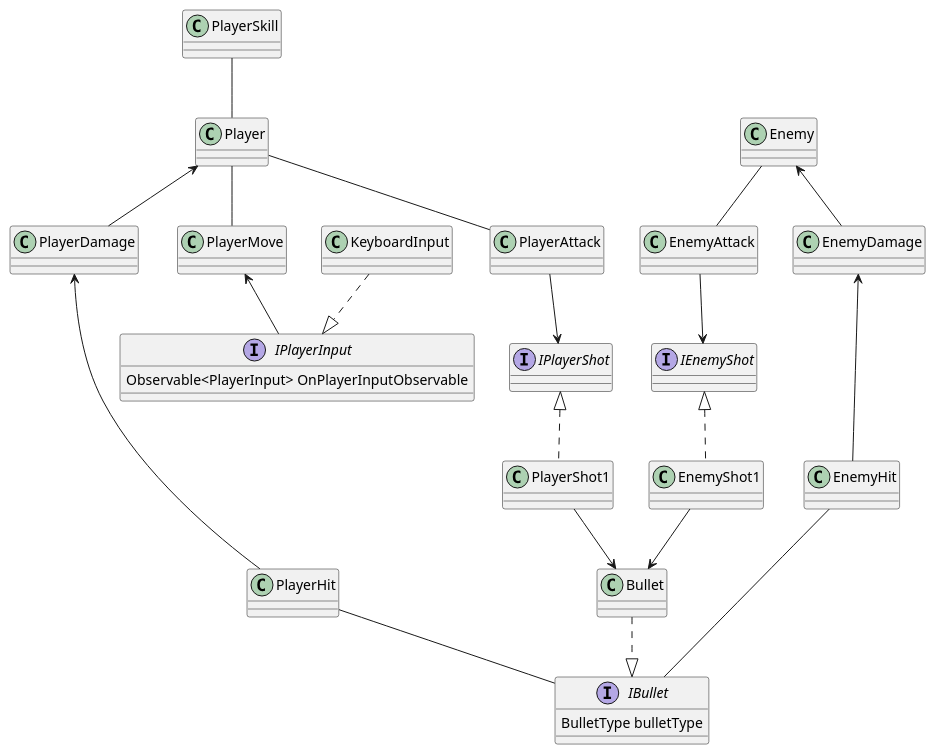
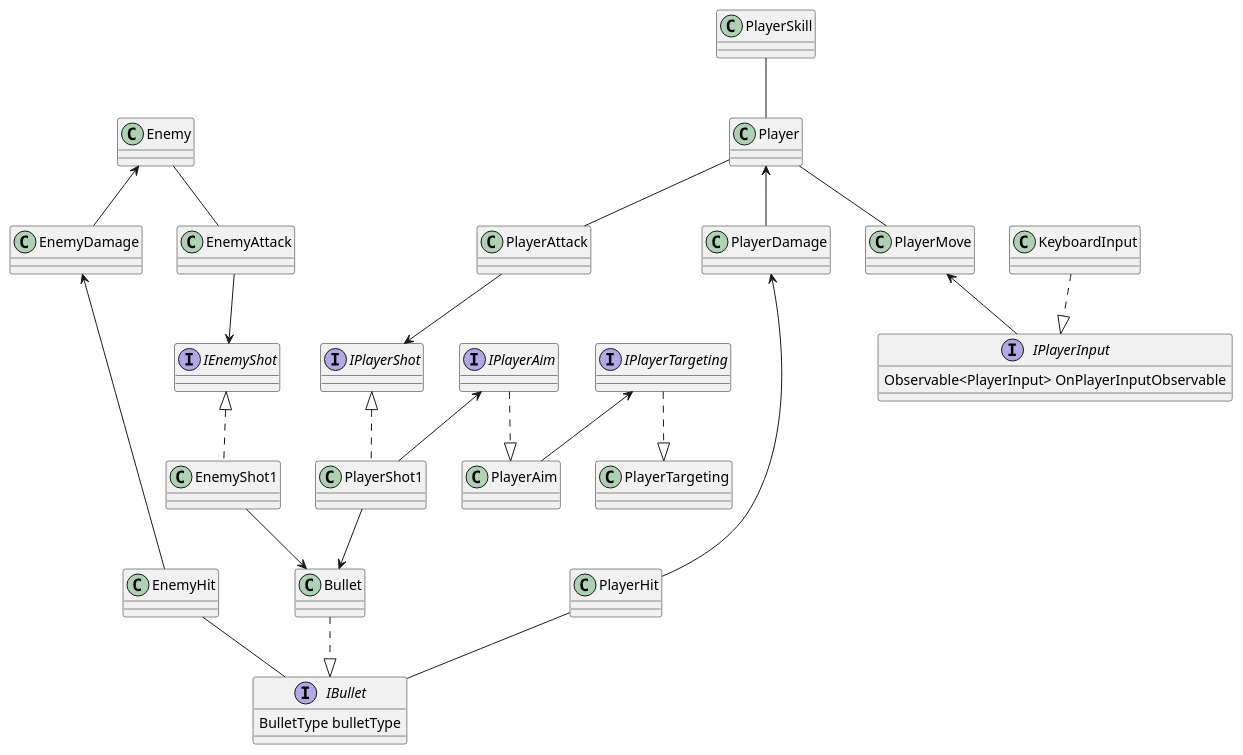
Before and after one commit to ryosebach/unity_l4s_kadai_product: the diagram in Documents/class.pu, drawn with PlantUML. The commit also changed 1 other file, not shown here.

Commit message:
feat: change class_diagram

```diff
--- a/Documents/class.pu
+++ b/Documents/class.pu
@@ -1,94 +1,118 @@
 class Player {
 
 }
 
 class PlayerSkill {
 
 }
 
 interface IPlayerInput {
   Observable<PlayerInput> OnPlayerInputObservable
 }
 
 
 class PlayerMove {
 
 }
 
 class PlayerAttack {
 
 }
 
 class PlayerHit {
 
 }
 
 class KeyboardInput {
 
 }
 
 interface IPlayerShot {
 
 }
 
 class PlayerShot1 {
 
 }
+
+class PlayerAim{
+
+}
+
+interface IPlayerAim{
+
+}
+
+interface IPlayerTargeting {
+
+}
+
+class PlayerTargeting {
+
+}
+
+IPlayerAim ..|> PlayerAim
+
+PlayerShot1 -u-> IPlayerAim
+
+PlayerAim -u-> IPlayerTargeting
+
+IPlayerTargeting ..|> PlayerTargeting
 
 class PlayerDamage {
 
 }
 
 
 KeyboardInput ..|> IPlayerInput
 PlayerMove <-- IPlayerInput
 
 class Enemy {
 
 }
 
 class EnemyAttack {
 
 }
 
 class EnemyHit {
 
 }
 
 interface IBullet {
   BulletType bulletType
 }
 
 interface IEnemyShot {
 
 }
 
 class EnemyShot1{
 
 }
 
 class EnemyDamage {
 
 }
 
 IBullet -up- PlayerHit
 IBullet -up- EnemyHit
 
 PlayerAttack --> IPlayerShot
 IPlayerShot <|.. PlayerShot1
 PlayerShot1 --> Bullet
 Bullet ..|> IBullet
 PlayerHit -u-> PlayerDamage
 PlayerDamage -u-> Player
 
 EnemyAttack --> IEnemyShot
 IEnemyShot <|.. EnemyShot1
 EnemyShot1 --> Bullet
 EnemyDamage <-- EnemyHit
 EnemyDamage -u-> Enemy
 
 EnemyAttack -up- Enemy
 PlayerAttack -up- Player
 
 Player -up- PlayerSkill
 Player -- PlayerMove
```
